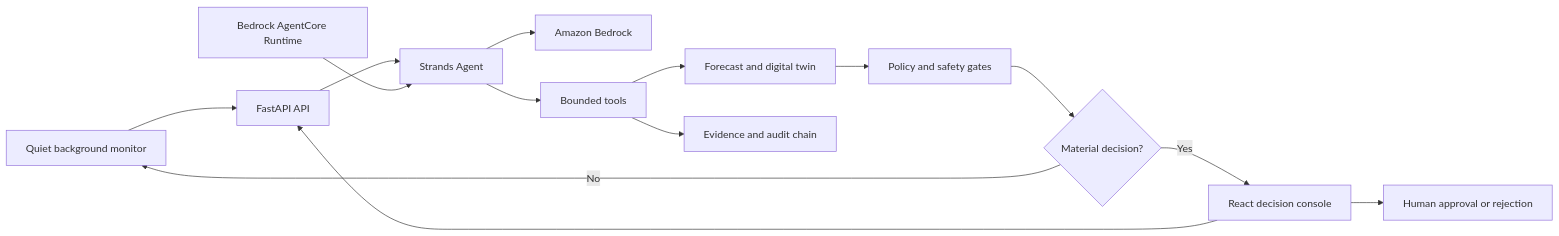
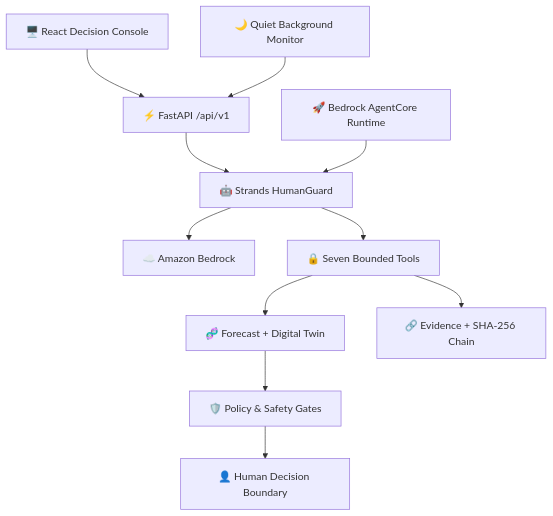
One commit to Janicebenita/Bottleneck-IQ changed the second of 2 diagrams in README.md. Above: the diagram before and after it, drawn with Mermaid. The commit also changed other lines of this file and 7 other files, not shown here.

````diff
--- a/README.md
+++ b/README.md
@@ -43,16 +188,13 @@
 ```mermaid
-flowchart LR
-    BG[Quiet background monitor] --> API[FastAPI API]
-    UI[React decision console] --> API
-    API --> SA[Strands Agent]
-    SA --> BR[Amazon Bedrock]
-    SA --> T[Bounded tools]
-    T --> DT[Forecast and digital twin]
-    T --> EV[Evidence and audit chain]
-    DT --> G[Policy and safety gates]
-    G --> H{Material decision?}
-    H -- No --> BG
-    H -- Yes --> UI
-    UI --> A[Human approval or rejection]
-    AC[Bedrock AgentCore Runtime] --> SA
+flowchart TB
+    UI["🖥️ React Decision Console"] --> API["⚡ FastAPI /api/v1"]
+    MON["🌙 Quiet Background Monitor"] --> API
+    API --> AGENT["🤖 Strands HumanGuard"]
+    AGENT --> BR["☁️ Amazon Bedrock"]
+    AGENT --> TOOLS["🔒 Seven Bounded Tools"]
+    TOOLS --> TWIN["🧬 Forecast + Digital Twin"]
+    TOOLS --> EVID["🔗 Evidence + SHA-256 Chain"]
+    TWIN --> GATE["🛡️ Policy & Safety Gates"]
+    GATE --> HUMAN["👤 Human Decision Boundary"]
+    AC["🚀 Bedrock AgentCore Runtime"] --> AGENT
 ```
````
